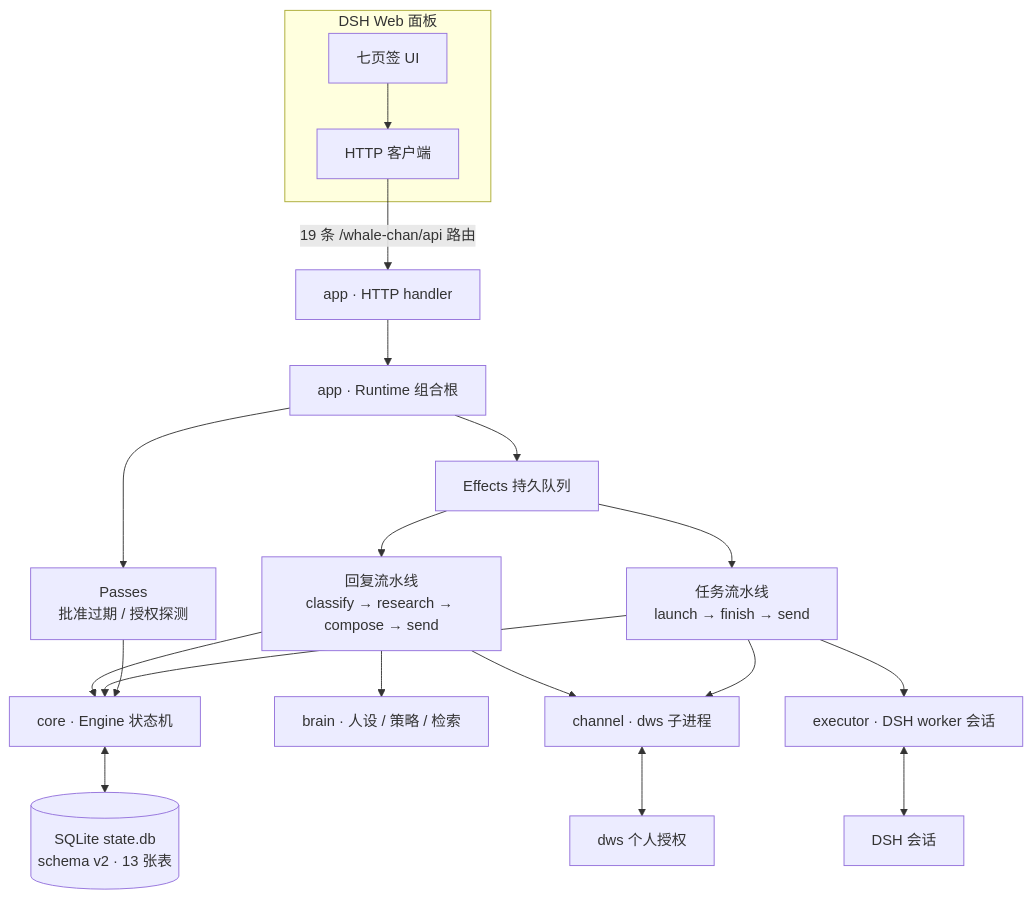
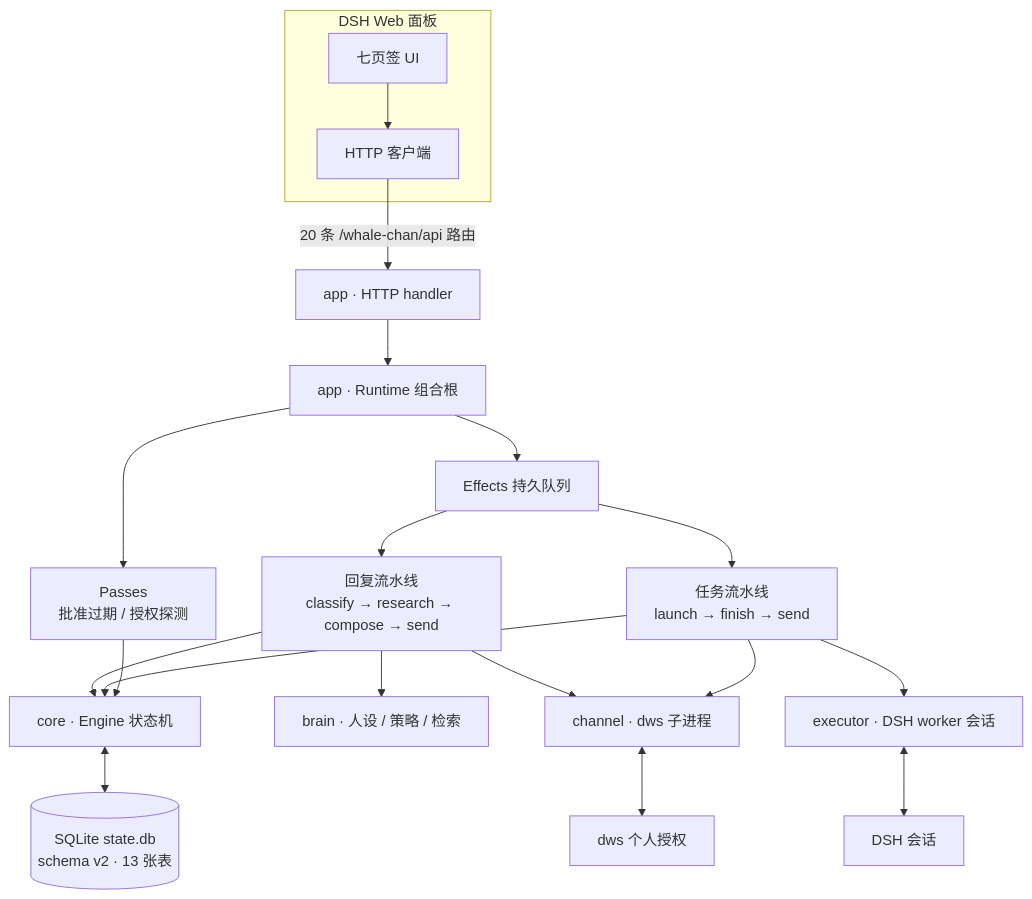
The diagram in README.md (Yeying-official/dsh-whale-chan), drawn with Mermaid before and after one commit. The commit also changed other lines of this file and 7 other files, not shown here.

````diff
--- a/README.md
+++ b/README.md
@@ -60,23 +61,23 @@
 ```mermaid
 flowchart TB
   subgraph Client["DSH Web 面板"]
     UI["七页签 UI"] --> API["HTTP 客户端"]
   end
 
-  API -->|"19 条 /whale-chan/api 路由"| HTTP["app · HTTP handler"]
+  API -->|"20 条 /whale-chan/api 路由"| HTTP["app · HTTP handler"]
   HTTP --> RT["app · Runtime 组合根"]
   RT --> EFF["Effects 持久队列"]
   RT --> PASS["Passes<br/>批准过期 / 授权探测"]
   EFF --> FLOW["回复流水线<br/>classify → research → compose → send"]
   EFF --> TASK["任务流水线<br/>launch → finish → send"]
   FLOW --> CORE["core · Engine 状态机"]
   TASK --> CORE
   CORE <--> DB[("SQLite state.db<br/>schema v2 · 13 张表")]
   FLOW --> BRAIN["brain · 人设 / 策略 / 检索"]
   TASK --> EXEC["executor · DSH worker 会话"]
   FLOW --> CH["channel · dws 子进程"]
   TASK --> CH
   CH <--> DWS["dws 个人授权"]
   EXEC <--> SESS["DSH 会话"]
   PASS --> CORE
 ```
````
